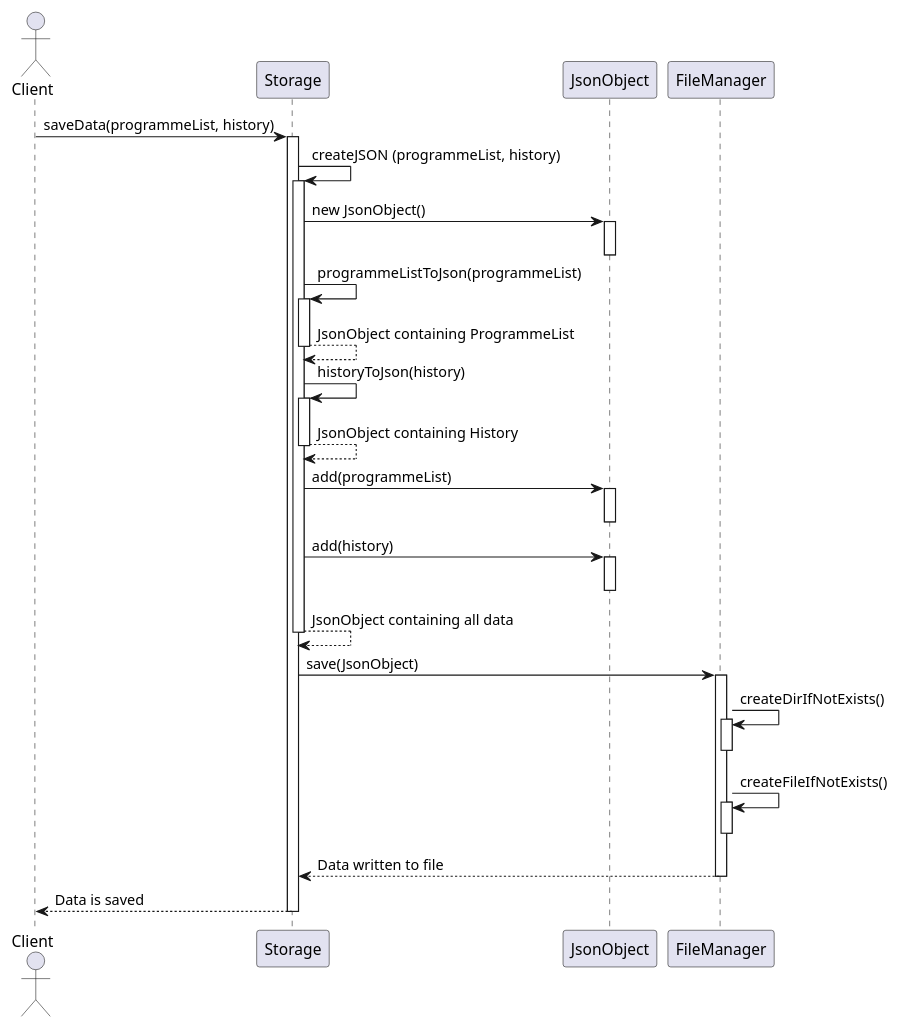
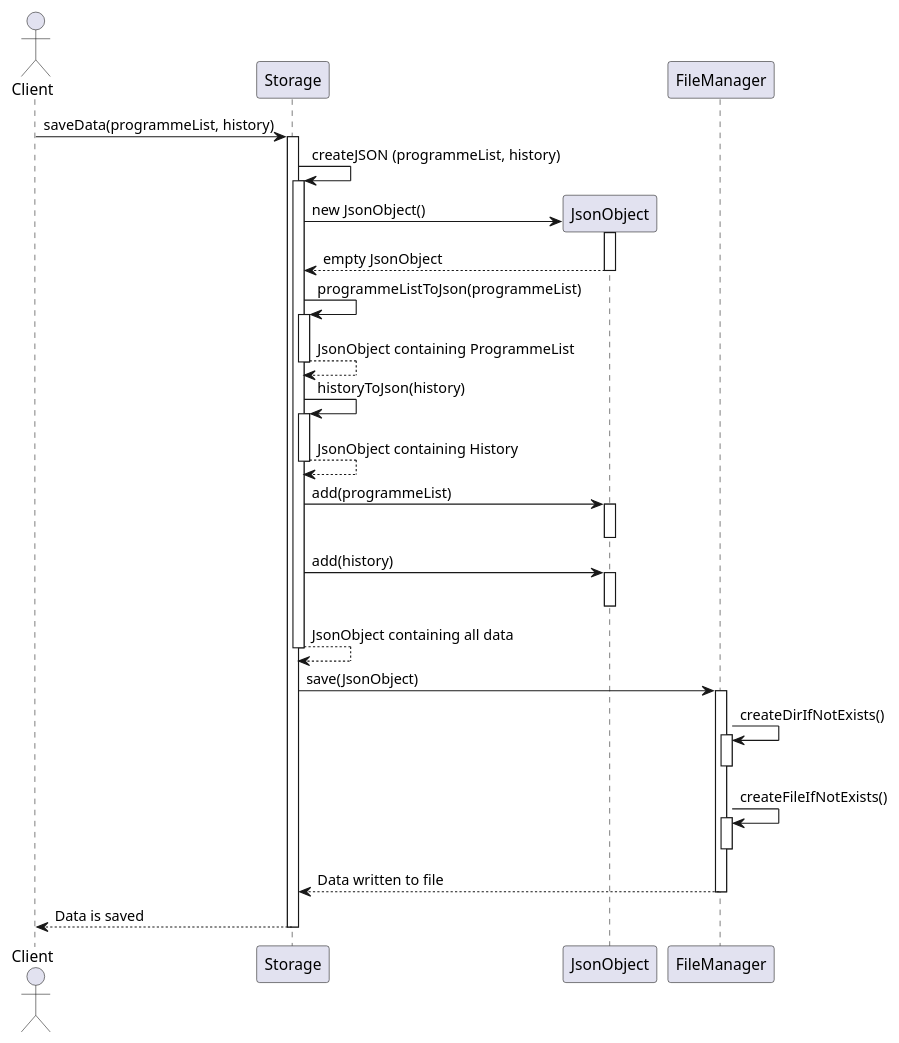
One commit to nus-cs2113-AY2425S1/tp changed the diagram in docs/diagrams/saveSeqeunceDiagram.puml. Above: the diagram before and after it, drawn with PlantUML. The commit also changed 3 other files, not shown here.

Commit message:
Update seq diagrams to have constructor

```diff
--- a/docs/diagrams/saveSeqeunceDiagram.puml
+++ b/docs/diagrams/saveSeqeunceDiagram.puml
@@ -1,52 +1,53 @@
 @startuml
 
 actor Client
 
 Client -> Storage : saveData(programmeList, history)
 activate Storage
 
 Storage -> Storage : createJSON (programmeList, history)
 activate Storage
+create JsonObject
 Storage -> JsonObject : new JsonObject()
 activate JsonObject
-
+JsonObject --> Storage : empty JsonObject
 deactivate JsonObject
 
 Storage -> Storage : programmeListToJson(programmeList)
 activate Storage
 Storage --> Storage : JsonObject containing ProgrammeList
 deactivate Storage
 
 Storage -> Storage : historyToJson(history)
 activate Storage
 Storage --> Storage : JsonObject containing History
 deactivate Storage
 
 Storage -> JsonObject : add(programmeList)
 activate JsonObject
 deactivate JsonObject
 Storage -> JsonObject : add(history)
 activate JsonObject
 deactivate JsonObject
 
 Storage --> Storage : JsonObject containing all data
 deactivate Storage
 
 
 Storage -> FileManager : save(JsonObject)
 activate FileManager
 
 FileManager -> FileManager : createDirIfNotExists()
 activate FileManager
 deactivate FileManager
 FileManager -> FileManager : createFileIfNotExists()
 activate FileManager
 deactivate FileManager
 
 FileManager --> Storage : Data written to file
 deactivate FileManager
 
 Storage --> Client : Data is saved
 deactivate Storage
 
 @enduml
```
